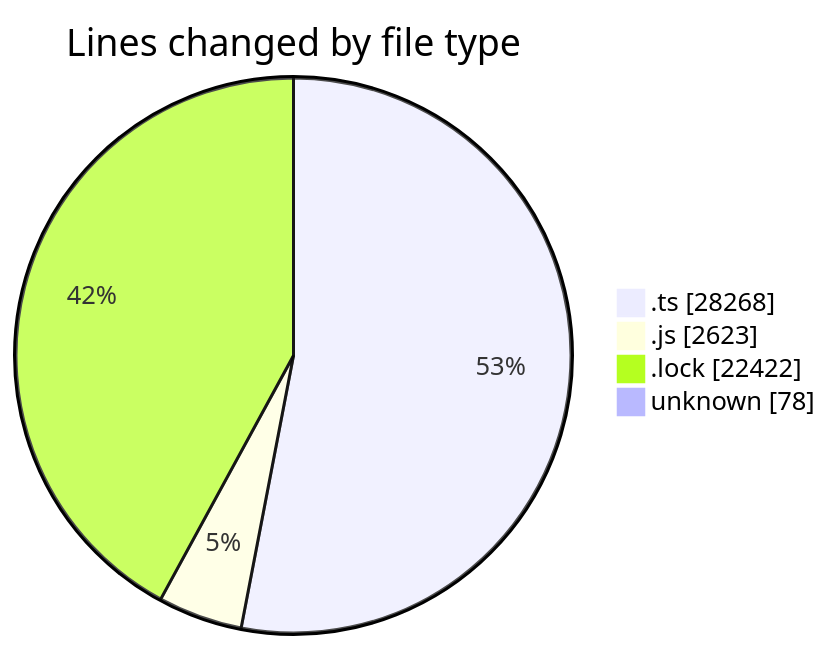
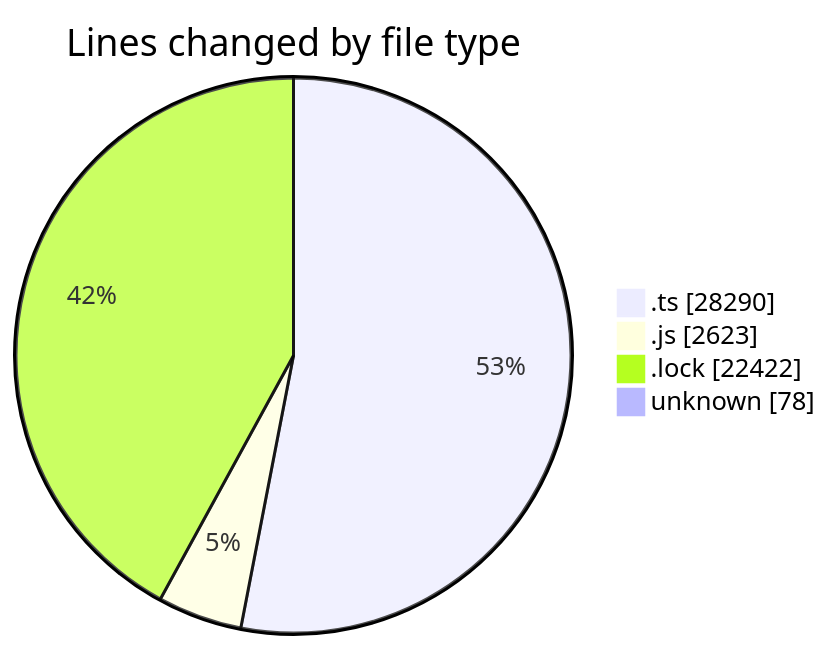
One commit to momahboobian/code-tracking changed the first of 2 diagrams in 2025-05-20/cda/README.md. Above: the diagram before and after it, drawn with Mermaid. The commit also changed other lines of this file and 1 other file, not shown here.

````diff
--- a/2025-05-20/cda/README.md
+++ b/2025-05-20/cda/README.md
@@ -42,8 +42,8 @@
 ```mermaid
 pie showData
 title Lines changed by file type
-".ts" : 28268
+".ts" : 28290
 ".js" : 2623
 ".lock" : 22422
 "unknown" : 78
 ```
````
